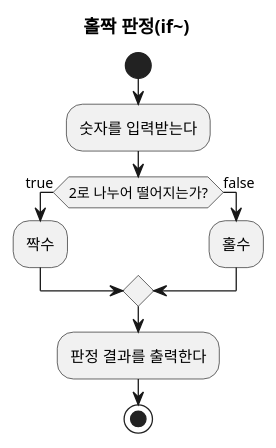
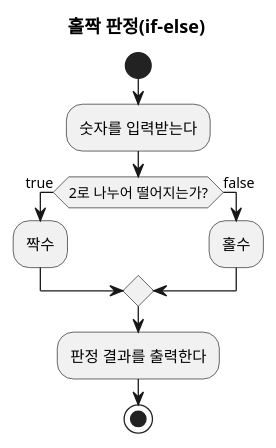
One commit to hiphop5782/all-in-one-java-resources changed the diagram in puml/if-06.puml. Above: the diagram before and after it, drawn with PlantUML.

```diff
--- a/puml/if-06.puml
+++ b/puml/if-06.puml
@@ -1,20 +1,20 @@
 @startuml
 
-title 홀짝 판정(if~)
+title 홀짝 판정(if-else)
 
 
 start
 
 :숫자를 입력받는다; 
 
 if (2로 나누어 떨어지는가?) then (true)
   :짝수;
 else (false)
   :홀수;
 endif
 
 :판정 결과를 출력한다;
 
 stop
 
 @enduml
```
